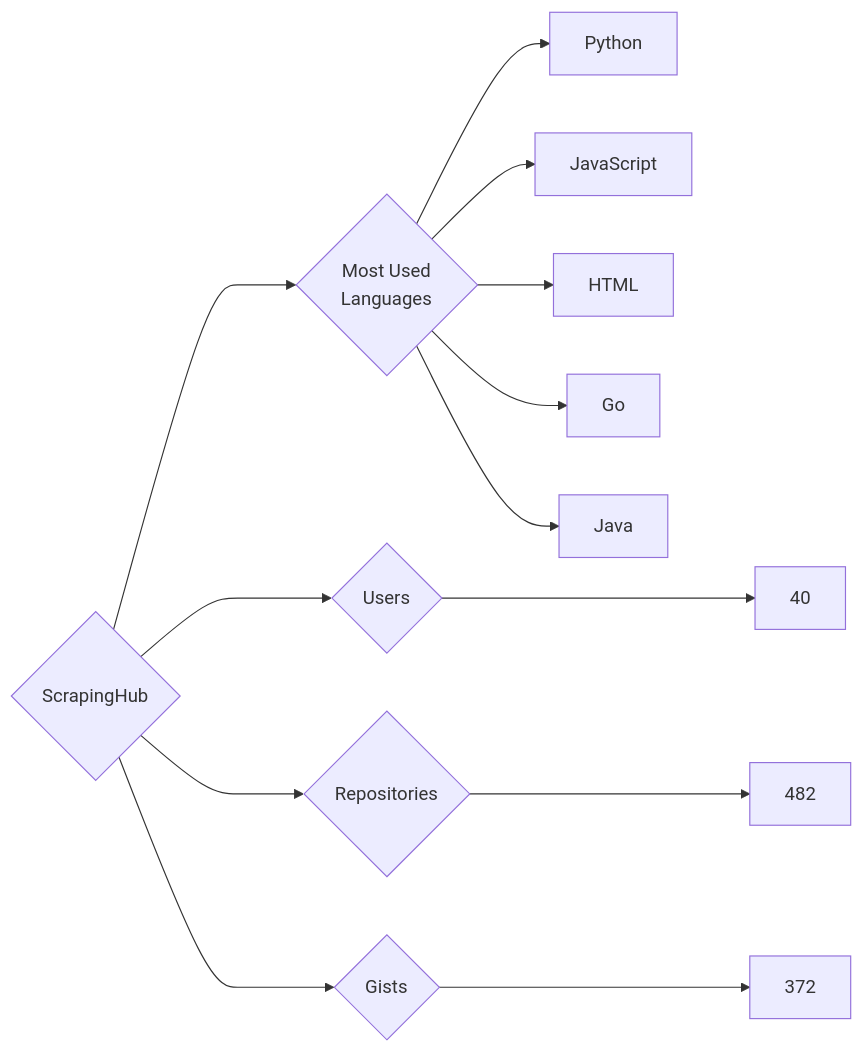
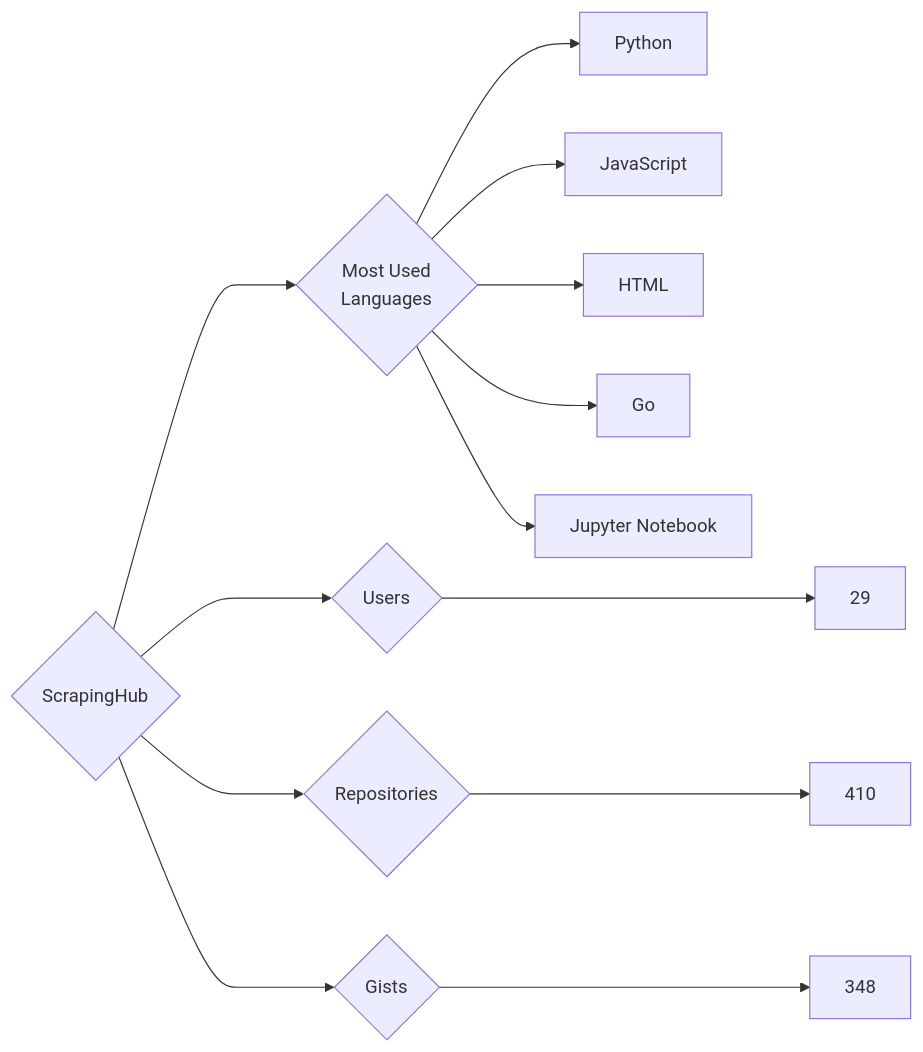
One commit to trickest/insiders changed the diagram in targets/ScrapingHub/README.md. Above: the diagram before and after it, drawn with Mermaid. The commit also changed 728 other files, not shown here.

````diff
--- a/targets/ScrapingHub/README.md
+++ b/targets/ScrapingHub/README.md
@@ -3,13 +3,13 @@
 ```mermaid
 graph LR
 COMPANY_NAME{ScrapingHub}
-COMPANY_NAME ---> U{Users} ---> UN[40]
-COMPANY_NAME ---> R{Repositories} ---> RN[482]
-COMPANY_NAME ---> G{Gists} ---> GN[372]
+COMPANY_NAME ---> U{Users} ---> UN[29]
+COMPANY_NAME ---> R{Repositories} ---> RN[410]
+COMPANY_NAME ---> G{Gists} ---> GN[348]
 COMPANY_NAME ---> ML{Most Used<br>Languages}
 ML --> Python[Python]
 ML --> JavaScript[JavaScript]
 ML --> HTML[HTML]
 ML --> Go[Go]
-ML --> Java[Java]
+ML --> Jupyter_Notebook[Jupyter Notebook]
 ```
````
